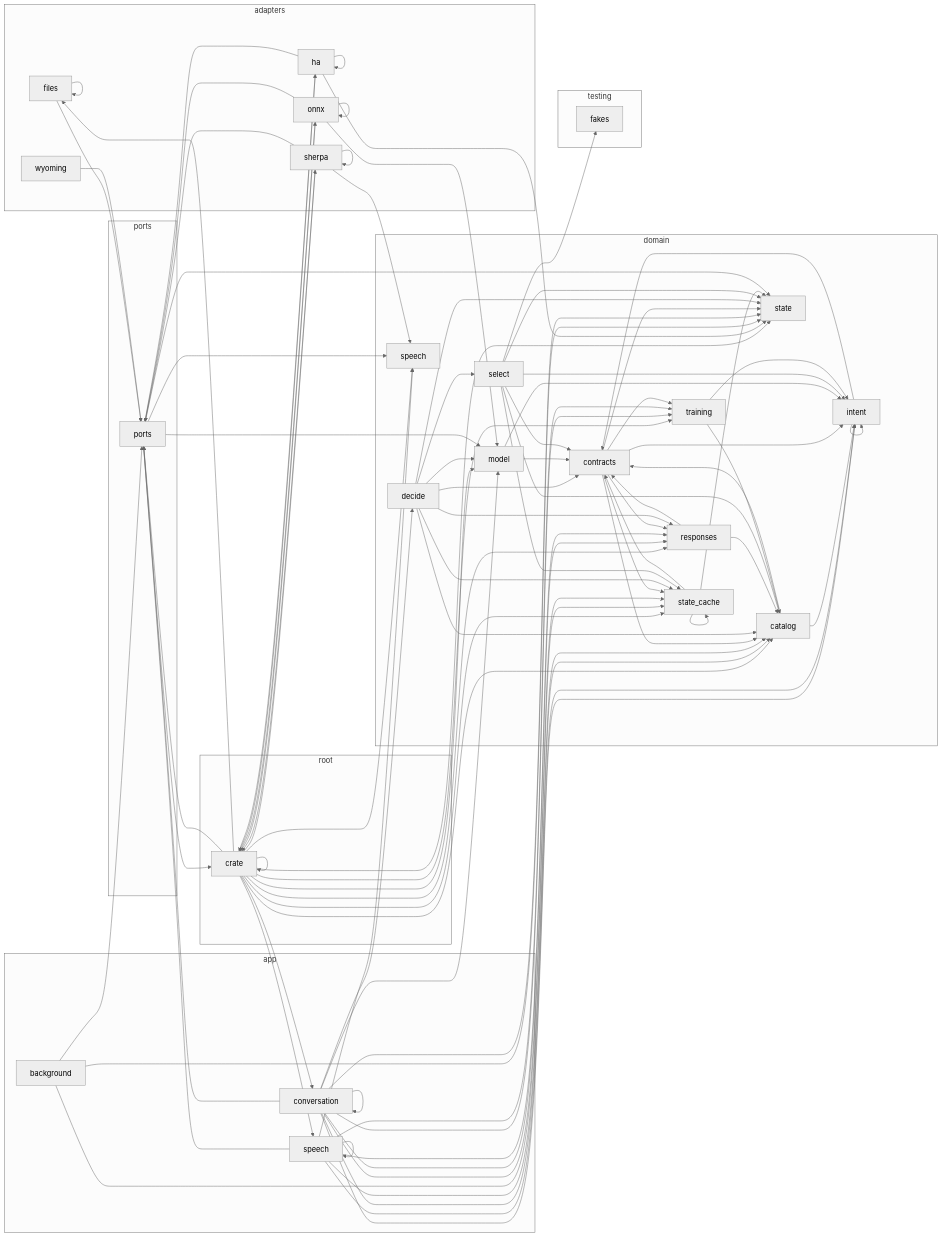
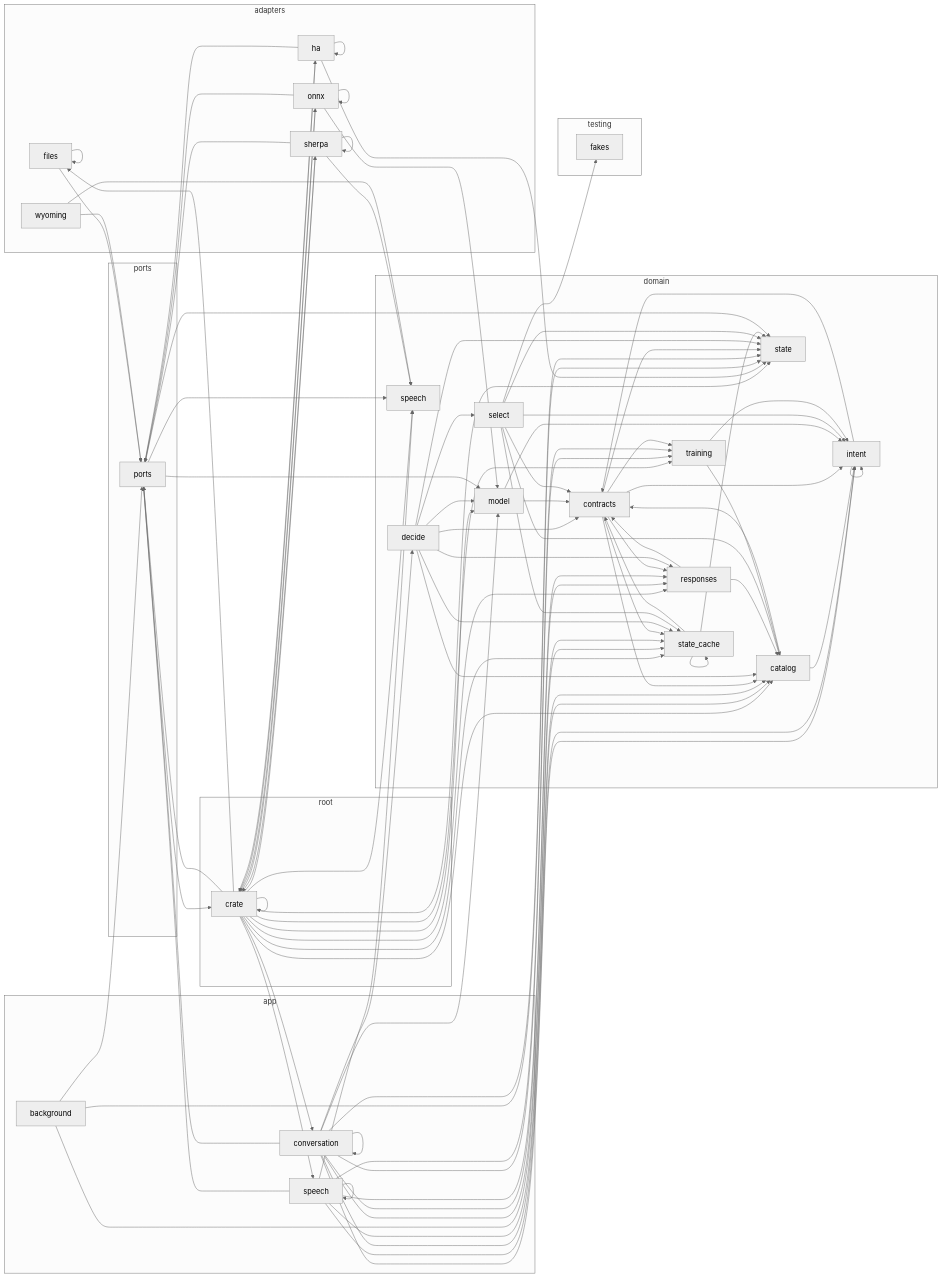
Before and after one commit to louislang/ha-jarvis: the diagram in docs/architecture.md, drawn with Mermaid (neutral theme). The commit also changed 4 other files, not shown here.

```diff
--- a/docs/architecture.md
+++ b/docs/architecture.md
@@ -67,6 +67,7 @@
     crate_adapters_sherpa --> crate_adapters_sherpa
     crate_adapters_sherpa --> crate_domain_speech
     crate_adapters_sherpa --> crate_ports
+    crate_adapters_wyoming --> crate_domain_speech
     crate_adapters_wyoming --> crate_ports
     crate_app_background --> crate_domain_state
     crate_app_background --> crate_domain_state_cache
```
